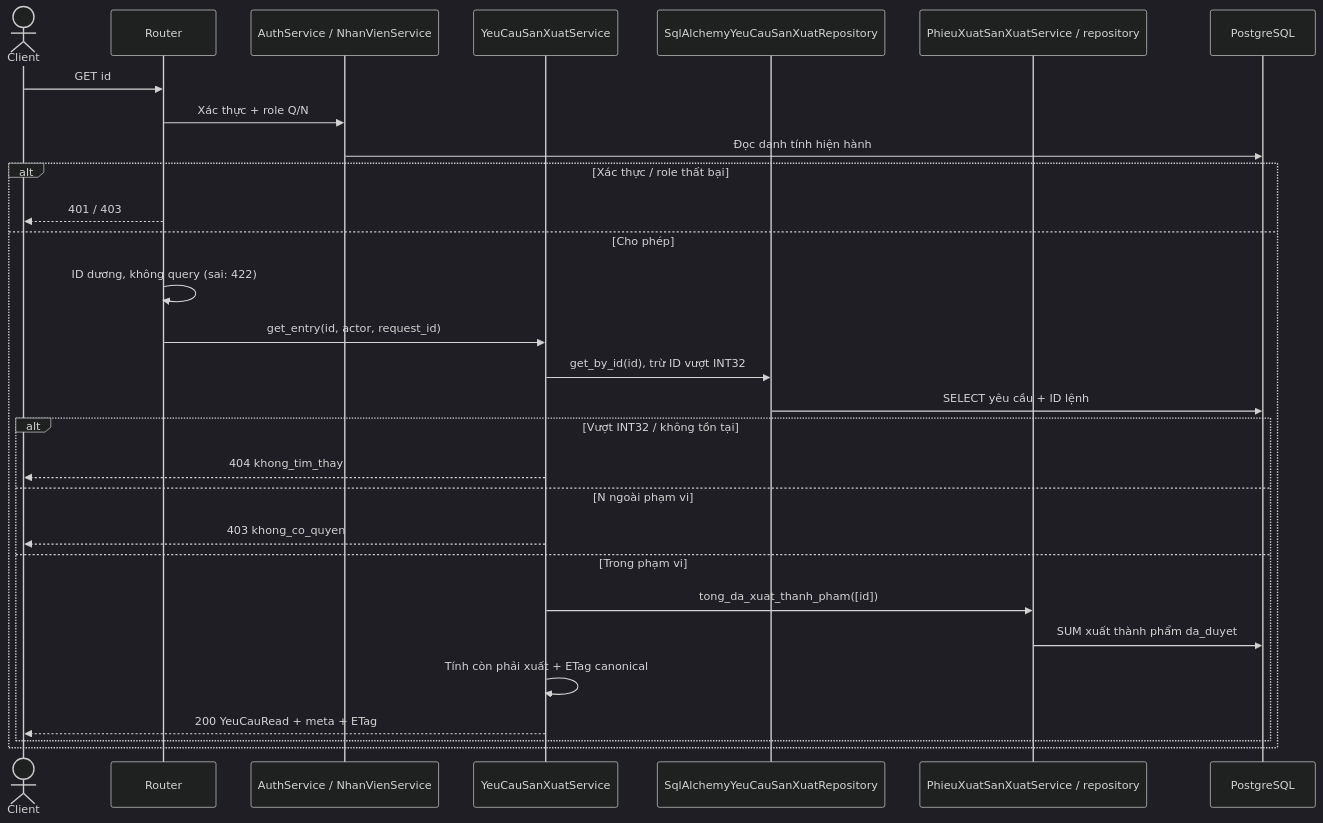
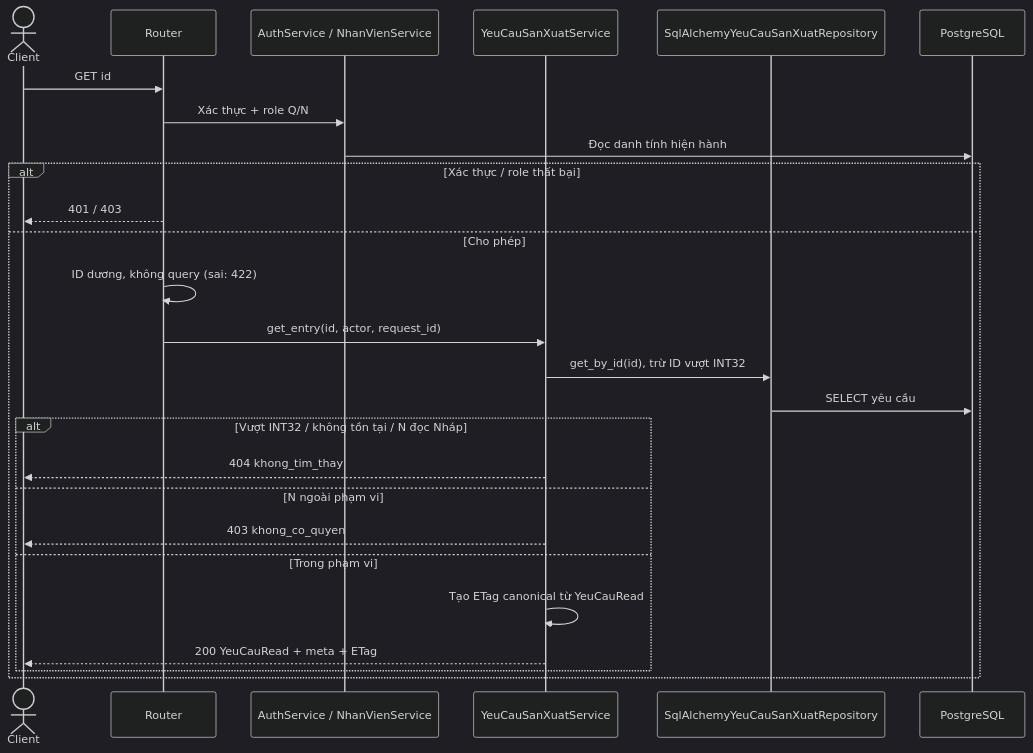
Before and after one commit to thanhklt/xbike-mrp-system: the third of 19 diagrams in docs/sequence/san_xuat.md, drawn with Mermaid (dark theme). The commit also changed other lines of this file and 230 other files, not shown here.

Commit message:
fix(reporting): UC-41 báo cáo nhập-xuất-tồn và UC-42 tra cứu lịch sử biến động kho

````diff
--- a/docs/sequence/san_xuat.md
+++ b/docs/sequence/san_xuat.md
@@ -58,31 +159,28 @@
 ```mermaid
 sequenceDiagram
     actor C as Client
     participant R as Router
     participant A as AuthService / NhanVienService
     participant S as YeuCauSanXuatService
     participant P as SqlAlchemyYeuCauSanXuatRepository
-    participant X as PhieuXuatSanXuatService / repository
     participant D as PostgreSQL
     C->>R: GET id
     R->>A: Xác thực + role Q/N
     A->>D: Đọc danh tính hiện hành
     alt Xác thực / role thất bại
         R-->>C: 401 / 403
     else Cho phép
         R->>R: ID dương, không query (sai: 422)
         R->>S: get_entry(id, actor, request_id)
         S->>P: get_by_id(id), trừ ID vượt INT32
-        P->>D: SELECT yêu cầu + ID lệnh
-        alt Vượt INT32 / không tồn tại
+        P->>D: SELECT yêu cầu
+        alt Vượt INT32 / không tồn tại / N đọc Nháp
             S-->>C: 404 khong_tim_thay
         else N ngoài phạm vi
             S-->>C: 403 khong_co_quyen
         else Trong phạm vi
-            S->>X: tong_da_xuat_thanh_pham([id])
-            X->>D: SUM xuất thành phẩm da_duyet
-            S->>S: Tính còn phải xuất + ETag canonical
+            S->>S: Tạo ETag canonical từ YeuCauRead
             S-->>C: 200 YeuCauRead + meta + ETag
         end
     end
 ```
````
